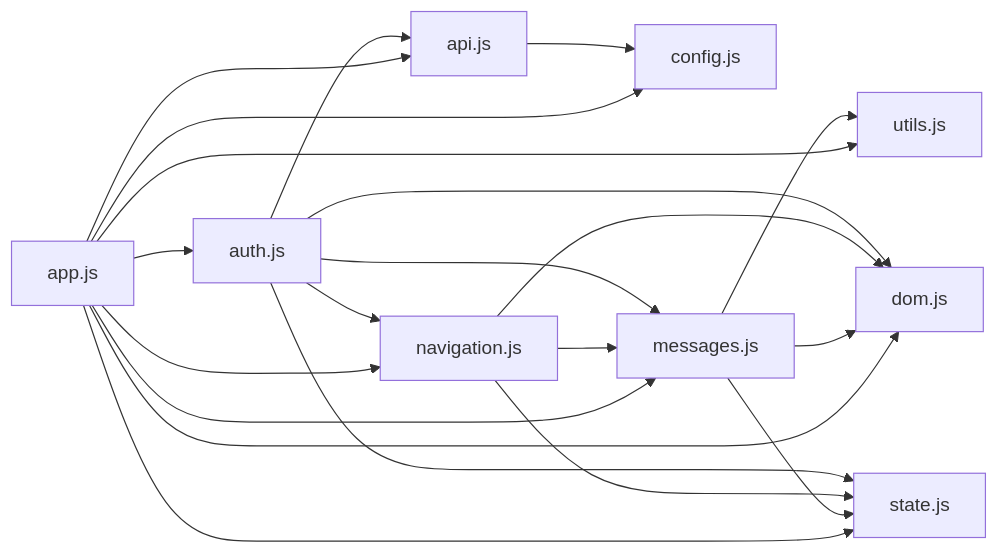
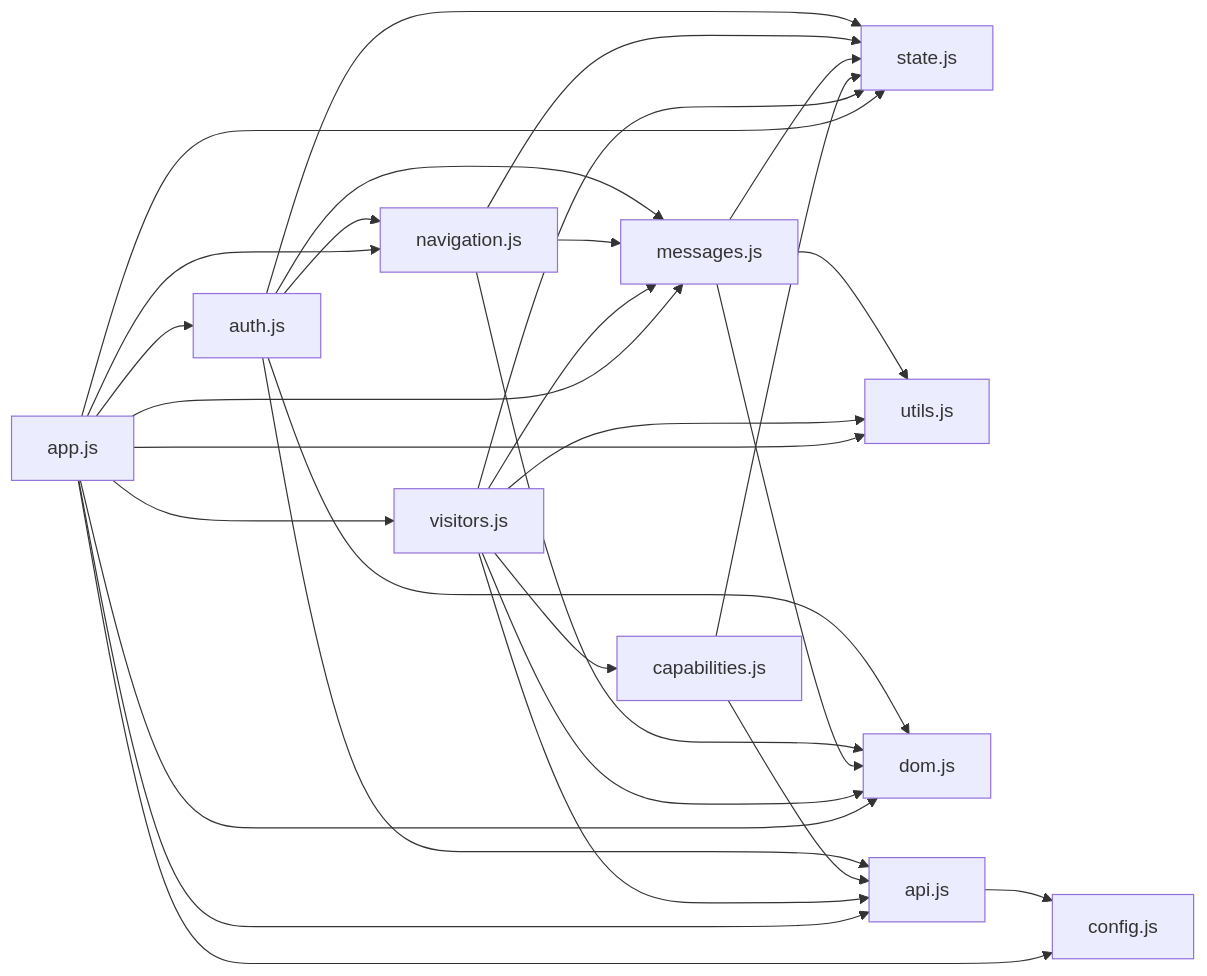
The first of 2 diagrams in docs/DEPENDENCY_MAP.md (dipm85-cloud/visitor-management-system), drawn with Mermaid before and after one commit. The commit also changed other lines of this file and 15 other files, not shown here.

````diff
--- a/docs/DEPENDENCY_MAP.md
+++ b/docs/DEPENDENCY_MAP.md
@@ -16,27 +16,36 @@
 ```mermaid
 flowchart LR
     app["app.js"] --> config["config.js"]
     app --> state["state.js"]
     app --> utils["utils.js"]
     app --> dom["dom.js"]
     app --> messages["messages.js"]
     app --> api["api.js"]
     app --> navigation["navigation.js"]
     app --> auth["auth.js"]
+    app --> visitors["visitors.js"]
+    visitors --> api
+    visitors --> capabilities["capabilities.js"]
+    visitors --> state
+    visitors --> dom
+    visitors --> messages
+    visitors --> utils
+    capabilities --> api
+    capabilities --> state
 
     api --> config
 
     messages --> dom
     messages --> state
     messages --> utils
 
     navigation --> dom
     navigation --> messages
     navigation --> state
 
     auth --> api
     auth --> dom
     auth --> messages
     auth --> navigation
     auth --> state
 ```
````
